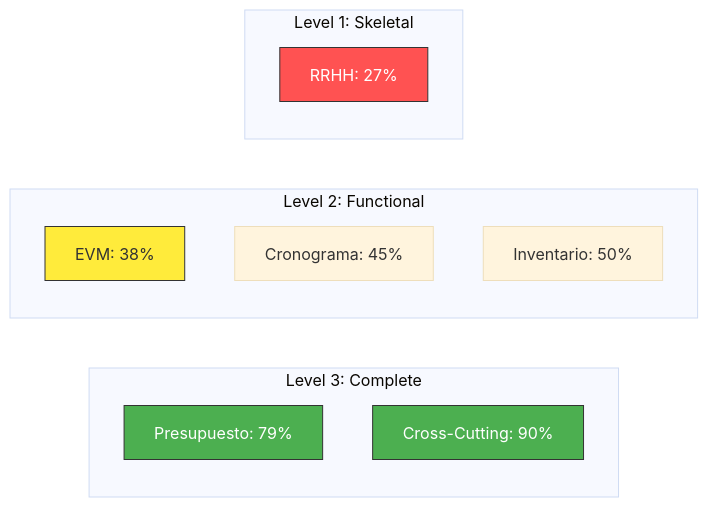
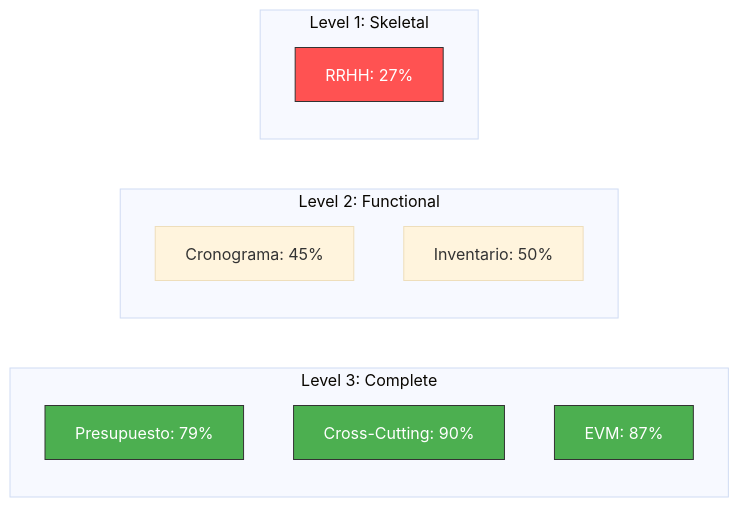
The diagram in docs/canonical/MATURITY_VISUALIZATION.md (carleetho/budgetpro), drawn with Mermaid before and after one commit. The commit also changed other lines of this file and 4 other files, not shown here.

````diff
--- a/docs/canonical/MATURITY_VISUALIZATION.md
+++ b/docs/canonical/MATURITY_VISUALIZATION.md
@@ -19,23 +19,23 @@
 ```mermaid
 %%{init: {'theme':'base'}}%%
 graph LR
     subgraph "Level 3: Complete"
         P[Presupuesto: 79%]
         X[Cross-Cutting: 90%]
+        E[EVM: 87%]
     end
 
     subgraph "Level 2: Functional"
-        E[EVM: 38%]
         C[Cronograma: 45%]
         I[Inventario: 50%]
     end
 
     subgraph "Level 1: Skeletal"
         R[RRHH: 27%]
     end
 
     style P fill:#4caf50,stroke:#333,color:white
     style X fill:#4caf50,stroke:#333,color:white
-    style E fill:#ffeb3b,stroke:#333
+    style E fill:#4caf50,stroke:#333,color:white
     style R fill:#ff5252,stroke:#333,color:white
 ```
````
